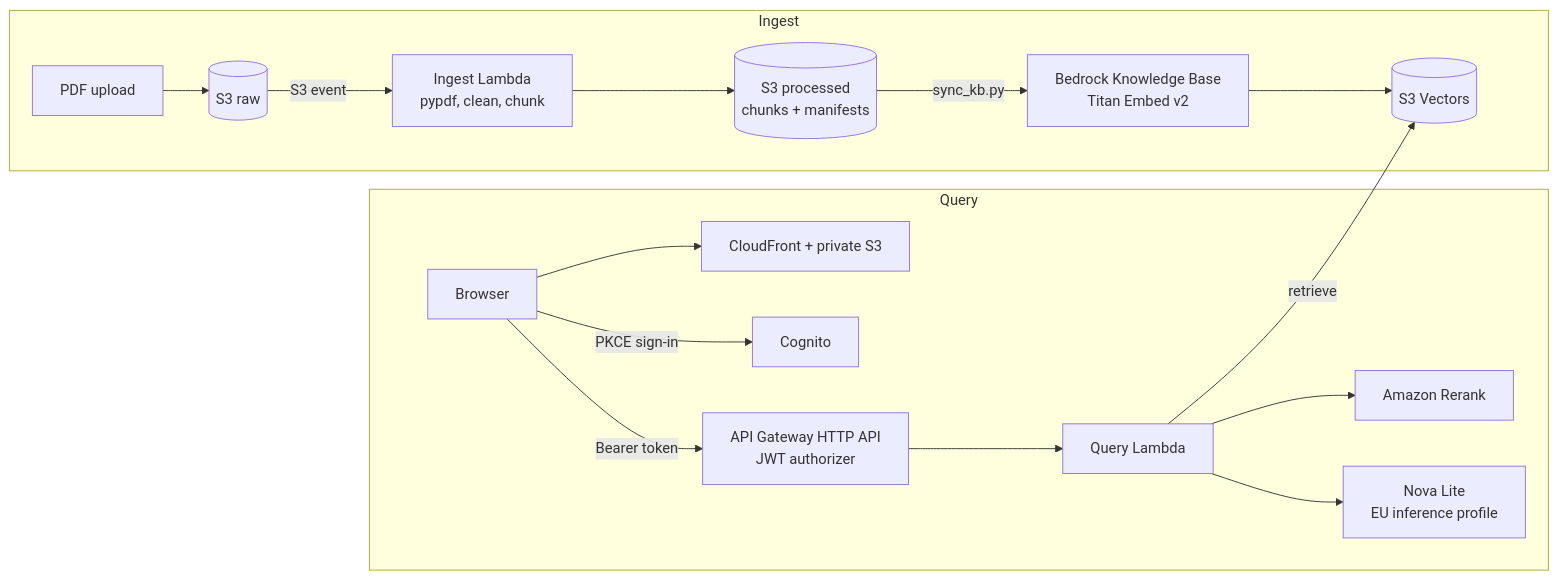
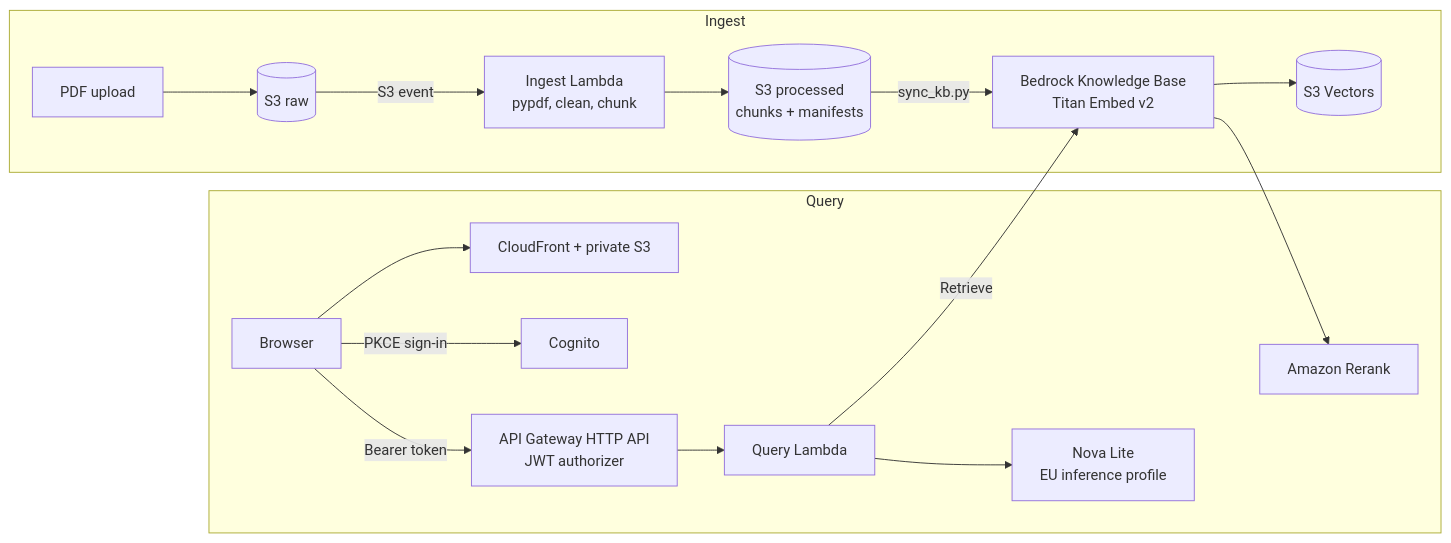
The diagram in README.md (filipp-lotsmanov/bedrock-rag-eval), drawn with Mermaid before and after one commit. The commit also changed other lines of this file and 41 other files, not shown here.

````diff
--- a/README.md
+++ b/README.md
@@ -28,19 +28,19 @@
 ```mermaid
 flowchart LR
   subgraph Ingest
     PDF[PDF upload] --> RAW[(S3 raw)]
     RAW -- S3 event --> ING[Ingest Lambda<br/>pypdf, clean, chunk]
     ING --> PROC[(S3 processed<br/>chunks + manifests)]
     PROC -- sync_kb.py --> KB[Bedrock Knowledge Base<br/>Titan Embed v2]
     KB --> VEC[(S3 Vectors)]
   end
   subgraph Query
     USER[Browser] --> CF[CloudFront + private S3]
     USER -- PKCE sign-in --> COG[Cognito]
     USER -- Bearer token --> API[API Gateway HTTP API<br/>JWT authorizer]
     API --> QL[Query Lambda]
-    QL -- retrieve --> VEC
-    QL --> RR[Amazon Rerank]
+    QL -- Retrieve --> KB
+    KB --> RR[Amazon Rerank]
     QL --> LLM[Nova Lite<br/>EU inference profile]
   end
 ```
````
